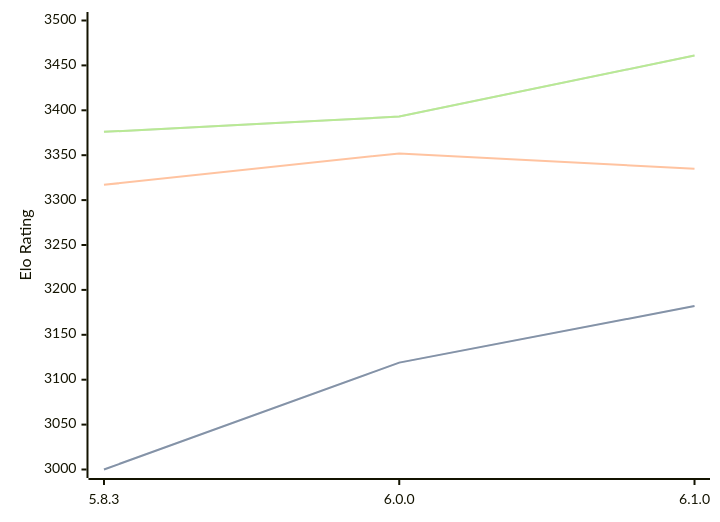
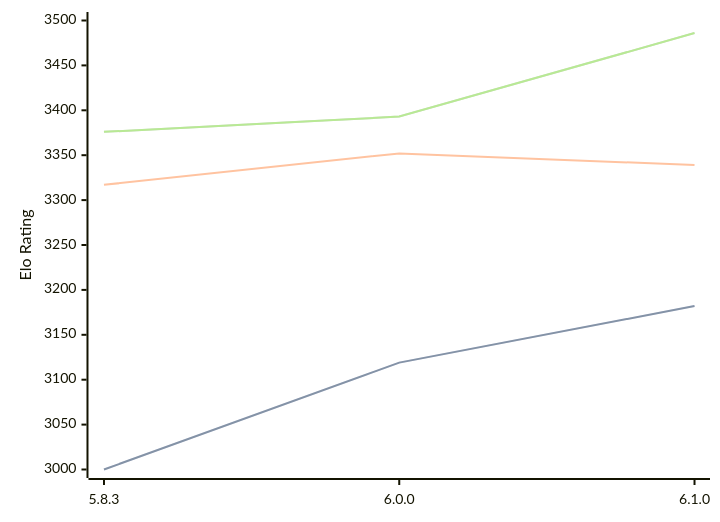
One commit to computer-chess-index/cci changed the diagram in engines/Zigqueen.md. Above: the diagram before and after it, drawn with Mermaid. The commit also changed other lines of this file, not shown here.

Commit message:
Update CCI Ratings (ELO VLTC) - 2026-09-02

````diff
--- a/engines/Zigqueen.md
+++ b/engines/Zigqueen.md
@@ -36,11 +36,11 @@
 ```mermaid
 %%{init: {"theme":"base","themeVariables":{"seriesColors:['#a3a3a3','#222221','#faa371']}}}%%
 xychart-beta
   x-axis ["5.8.3", "6.0.0", "6.1.0"]
   y-axis "Elo Rating" 3000 --> 3500
   line "" [3000, 3119, 3182]
   line "STC (8.0+0.08s)" [3000, 3119, 3182]
-  line "LTC (60.0+0.60s)" [3317, 3352, 3335]
-  line "" [3376, 3393, 3461]
-  line "VLTC (2m24s+1.12s)" [3376, 3393, 3461]
+  line "LTC (60.0+0.60s)" [3317, 3352, 3339]
+  line "" [3376, 3393, 3486]
+  line "VLTC (2m24s+1.12s)" [3376, 3393, 3486]
 ```
````
